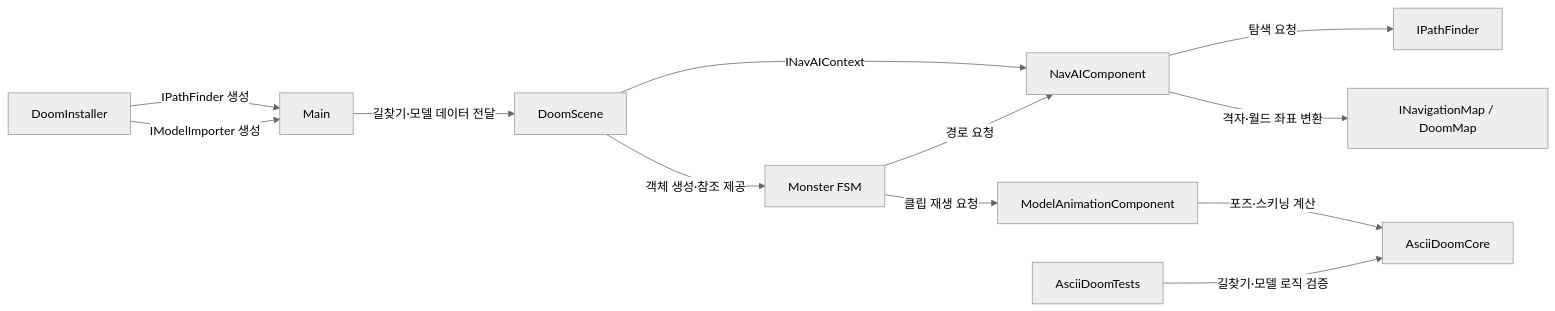
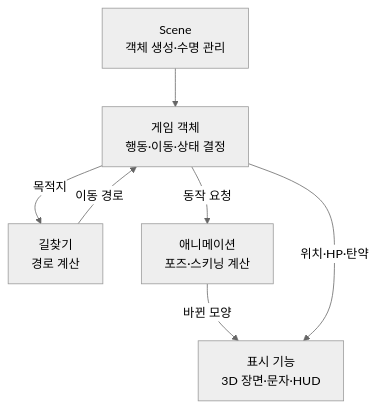
Diagram 12 of 14 in AsciiDoom/README.md (heewoung-lee/HiwoongEngine), drawn with Mermaid (neutral theme) before and after one commit. The commit also changed other lines of this file, not shown here.

````diff
--- a/AsciiDoom/README.md
+++ b/AsciiDoom/README.md
@@ -157,14 +260,9 @@
 ```mermaid
-flowchart LR
-    D["DoomInstaller"] -->|"IPathFinder 생성"| M["Main"]
-    D -->|"IModelImporter 생성"| M
-    M -->|"길찾기·모델 데이터 전달"| S["DoomScene"]
-    S -->|"객체 생성·참조 제공"| MON["Monster FSM"]
-    S -->|"INavAIContext"| N["NavAIComponent"]
-    MON -->|"경로 요청"| N
-    N -->|"탐색 요청"| I["IPathFinder"]
-    N -->|"격자·월드 좌표 변환"| MAP["INavigationMap / DoomMap"]
-    MON -->|"클립 재생 요청"| ANIM["ModelAnimationComponent"]
-    ANIM -->|"포즈·스키닝 계산"| CORE["AsciiDoomCore"]
-    T["AsciiDoomTests"] -->|"길찾기·모델 로직 검증"| CORE
+flowchart TD
+    A["Scene<br/>객체 생성·수명 관리"] --> B["게임 객체<br/>행동·이동·상태 결정"]
+    B -->|"목적지"| C["길찾기<br/>경로 계산"]
+    C -->|"이동 경로"| B
+    B -->|"동작 요청"| E["애니메이션<br/>포즈·스키닝 계산"]
+    E -->|"바뀐 모양"| D["표시 기능<br/>3D 장면·문자·HUD"]
+    B -->|"위치·HP·탄약"| D
 ```
````
